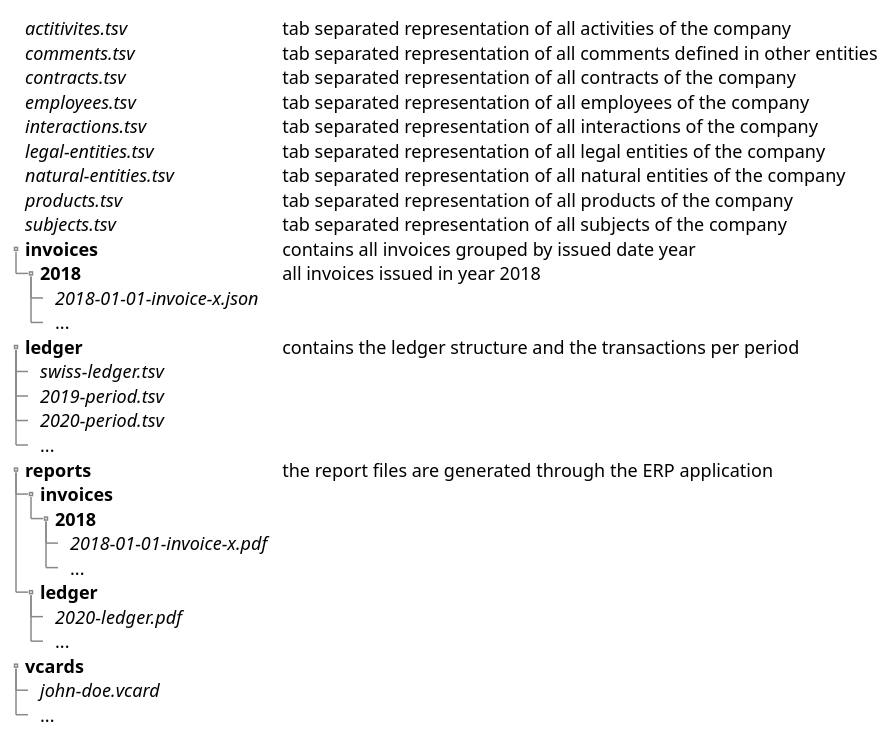
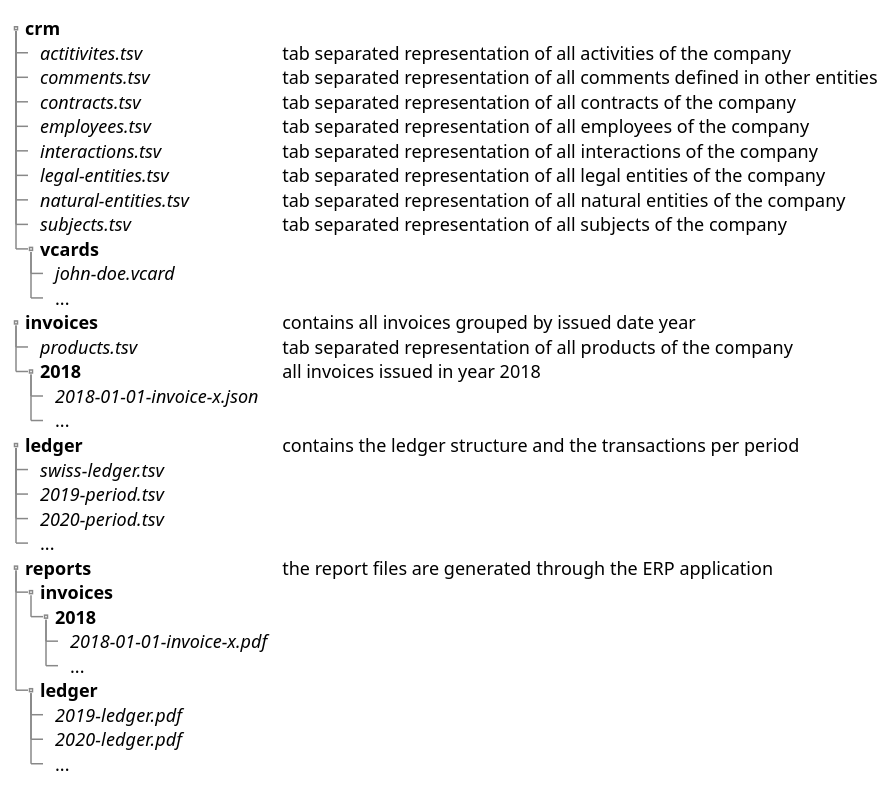
One commit to tangly-team/tangly-os changed the second of 2 diagrams in net.tangly.ui/src/site/design.adoc. Above: the diagram before and after it, drawn with PlantUML. The commit also changed 1 other file, not shown here.

Commit message:
chore - update typos

```diff
--- a/net.tangly.ui/src/site/design.adoc
+++ b/net.tangly.ui/src/site/design.adoc
@@ -65,39 +65,41 @@
 [plantuml, folder-structure-erp, svg]
 ....
 @startuml
     salt
     {
         {T
-        + //actitivites.tsv//       | tab separated representation of all activities of the company
-        + //comments.tsv//          | tab separated representation of all comments defined in other entities
-        + //contracts.tsv//         | tab separated representation of all contracts of the company
-        + //employees.tsv//         | tab separated representation of all employees of the company
-        + //interactions.tsv//      | tab separated representation of all interactions of the company
-        + //legal-entities.tsv//    | tab separated representation of all legal entities of the company
-        + //natural-entities.tsv//  | tab separated representation of all natural entities of the company
-        + //products.tsv//          | tab separated representation of all products of the company
-        + //subjects.tsv//          | tab separated representation of all subjects of the company
-        + **invoices**              | contains all invoices grouped by issued date year
-        ++ **2018**                 | all invoices issued in year 2018
+        + **crm**
+        ++ //actitivites.tsv//       | tab separated representation of all activities of the company
+        ++ //comments.tsv//          | tab separated representation of all comments defined in other entities
+        ++ //contracts.tsv//         | tab separated representation of all contracts of the company
+        ++ //employees.tsv//         | tab separated representation of all employees of the company
+        ++ //interactions.tsv//      | tab separated representation of all interactions of the company
+        ++ //legal-entities.tsv//    | tab separated representation of all legal entities of the company
+        ++ //natural-entities.tsv//  | tab separated representation of all natural entities of the company
+        ++ //subjects.tsv//          | tab separated representation of all subjects of the company
+        ++ **vcards**
+        +++ //john-doe.vcard//
+        +++ ...
+        + **invoices**               | contains all invoices grouped by issued date year
+        ++ //products.tsv//          | tab separated representation of all products of the company
+        ++ **2018**                  | all invoices issued in year 2018
         +++ //2018-01-01-invoice-x.json//
         +++ ...
         + **ledger**                | contains the ledger structure and the transactions per period
         ++ //swiss-ledger.tsv//
         ++ //2019-period.tsv//
         ++ //2020-period.tsv//
         ++ ...
         + **reports**               | the report files are generated through the ERP application
         ++ **invoices**
         +++ **2018**
         ++++ //2018-01-01-invoice-x.pdf//
         ++++ ...
         ++ **ledger**
+        +++ //2019-ledger.pdf//
         +++ //2020-ledger.pdf//
         +++ ...
-        + **vcards**
-        ++ //john-doe.vcard//
-        ++ ...
         }
     }
 @enduml
 ....
```
